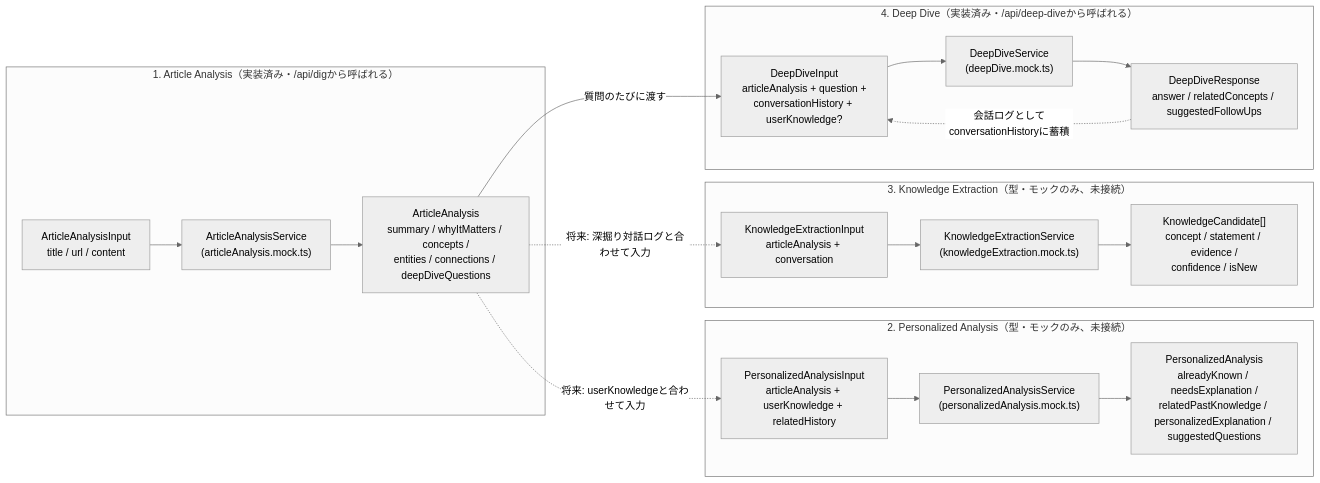
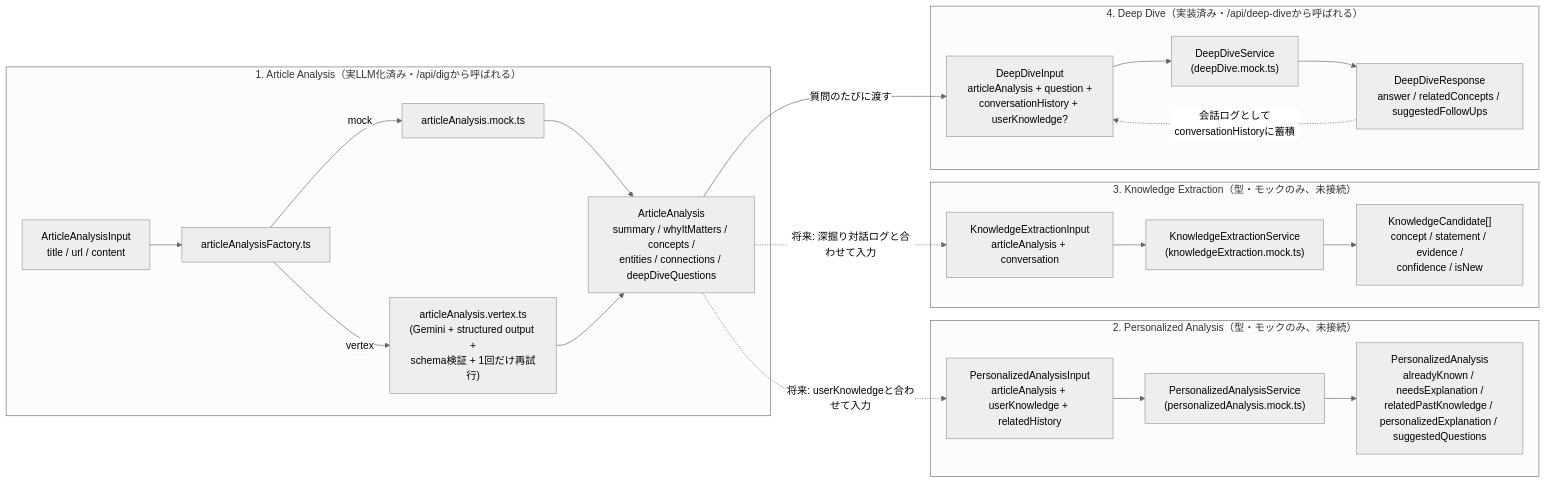
Before and after one commit to kokiwaku/digger: the second of 2 diagrams in backend/README.md, drawn with Mermaid (neutral theme). The commit also changed other lines of this file and 11 other files, not shown here.

First line of the commit message:
Replace mock Article Analysis with real Vertex AI/Gemini analysis

````diff
--- a/backend/README.md
+++ b/backend/README.md
@@ -125,27 +135,30 @@
 ```mermaid
 flowchart LR
-    subgraph "1. Article Analysis（実装済み・/api/digから呼ばれる）"
-        AAI["ArticleAnalysisInput<br/>title / url / content"] --> AAS["ArticleAnalysisService<br/>(articleAnalysis.mock.ts)"]
+    subgraph "1. Article Analysis（実LLM化済み・/api/digから呼ばれる）"
+        AAI["ArticleAnalysisInput<br/>title / url / content"] --> AAF2["articleAnalysisFactory.ts"]
+        AAF2 -->|mock| AAS["articleAnalysis.mock.ts"]
+        AAF2 -->|vertex| AAV2["articleAnalysis.vertex.ts<br/>(Gemini + structured output +<br/>schema検証 + 1回だけ再試行)"]
         AAS --> AA["ArticleAnalysis<br/>summary / whyItMatters / concepts /<br/>entities / connections / deepDiveQuestions"]
+        AAV2 --> AA
     end
 
     subgraph "2. Personalized Analysis（型・モックのみ、未接続）"
         PAI["PersonalizedAnalysisInput<br/>articleAnalysis + userKnowledge + relatedHistory"] --> PAS["PersonalizedAnalysisService<br/>(personalizedAnalysis.mock.ts)"]
         PAS --> PA["PersonalizedAnalysis<br/>alreadyKnown / needsExplanation /<br/>relatedPastKnowledge / personalizedExplanation / suggestedQuestions"]
     end
 
     subgraph "3. Knowledge Extraction（型・モックのみ、未接続）"
         KEI["KnowledgeExtractionInput<br/>articleAnalysis + conversation"] --> KES["KnowledgeExtractionService<br/>(knowledgeExtraction.mock.ts)"]
         KES --> KE["KnowledgeCandidate[]<br/>concept / statement / evidence /<br/>confidence / isNew"]
     end
 
     subgraph "4. Deep Dive（実装済み・/api/deep-diveから呼ばれる）"
         DDI["DeepDiveInput<br/>articleAnalysis + question +<br/>conversationHistory + userKnowledge?"] --> DDS["DeepDiveService<br/>(deepDive.mock.ts)"]
         DDS --> DDO["DeepDiveResponse<br/>answer / relatedConcepts / suggestedFollowUps"]
     end
 
     AA -.->|将来: userKnowledgeと合わせて入力| PAI
     AA -.->|将来: 深掘り対話ログと合わせて入力| KEI
     AA -->|質問のたびに渡す| DDI
     DDO -.->|会話ログとしてconversationHistoryに蓄積| DDI
 ```
````
